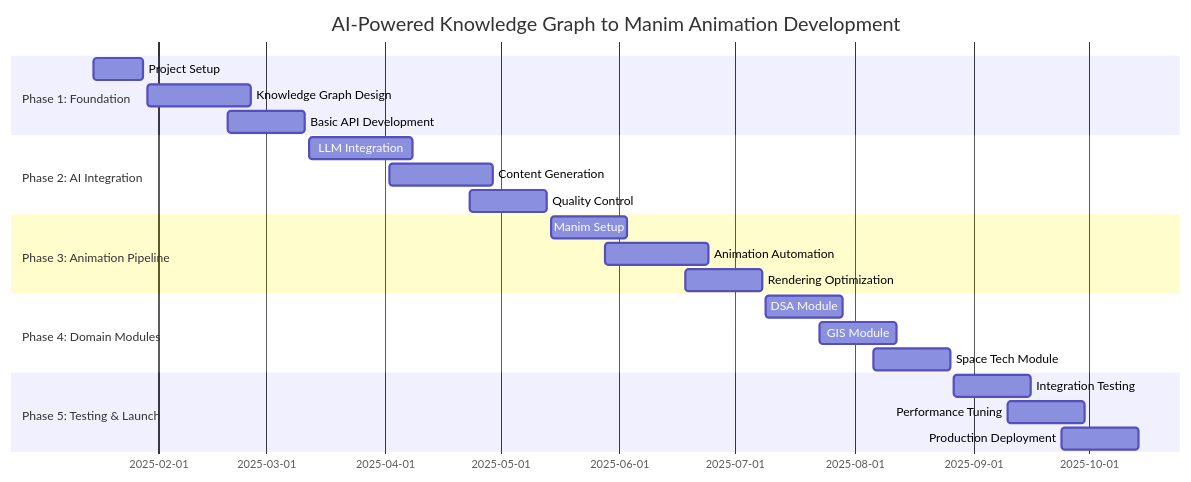
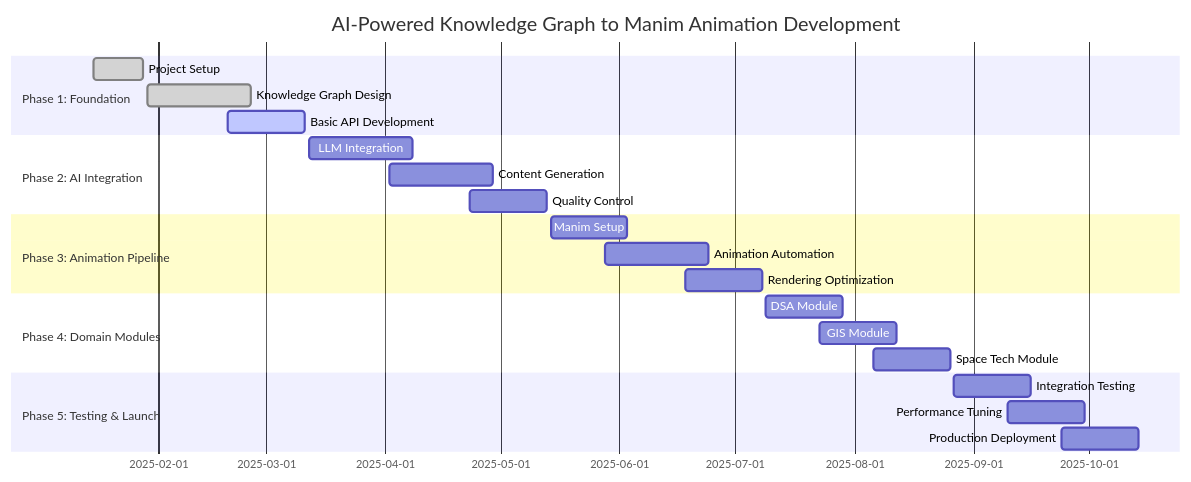
One commit to Coder-ARS/FS_AbdurRashidShaikh changed the ninth of 9 diagrams in AI_AbdurRashidShaikh.md. Above: the diagram before and after it, drawn with Mermaid.

Commit message:
Update Gantt chart phases and task statuses

````diff
--- a/AI_AbdurRashidShaikh.md
+++ b/AI_AbdurRashidShaikh.md
@@ -931,29 +931,31 @@
 ```mermaid
 gantt
     title AI-Powered Knowledge Graph to Manim Animation Development
     dateFormat  YYYY-MM-DD
+    axisFormat  %Y-%m-%d
+    
     section Phase 1: Foundation
-    Project Setup           :setup, 2025-01-15, 2025-01-28
-    Knowledge Graph Design  :kg-design, 2025-01-29, 2025-02-25
-    Basic API Development   :api, 2025-02-19, 2025-03-11
+    Project Setup           :done, setup, 2025-01-15, 2025-01-28
+    Knowledge Graph Design  :done, kg-design, 2025-01-29, 2025-02-25
+    Basic API Development   :active, api, 2025-02-19, 2025-03-11
     
     section Phase 2: AI Integration
     LLM Integration        :ai-int, 2025-03-12, 2025-04-08
     Content Generation     :content, 2025-04-02, 2025-04-29
     Quality Control        :quality, 2025-04-23, 2025-05-13
     
     section Phase 3: Animation Pipeline
     Manim Setup           :manim, 2025-05-14, 2025-06-03
     Animation Automation  :auto, 2025-05-28, 2025-06-24
     Rendering Optimization :render, 2025-06-18, 2025-07-08
     
     section Phase 4: Domain Modules
     DSA Module            :dsa, 2025-07-09, 2025-07-29
     GIS Module            :gis, 2025-07-23, 2025-08-12
     Space Tech Module     :space, 2025-08-06, 2025-08-26
     
     section Phase 5: Testing & Launch
     Integration Testing   :testing, 2025-08-27, 2025-09-16
     Performance Tuning    :perf, 2025-09-10, 2025-09-30
     Production Deployment :deploy, 2025-09-24, 2025-10-14
 ```
````
